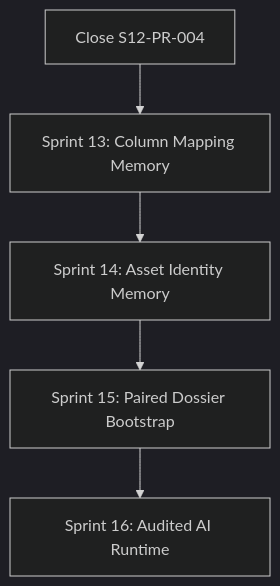
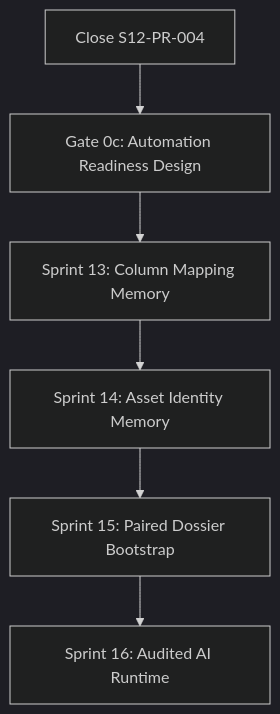
One commit to Reguluspt/valora-engineering changed the diagram in docs/remediation/S13_S16_ADAPTIVE_INTAKE_KNOWLEDGE_MEMORY_REMEDIATION_PLAN.md. Above: the diagram before and after it, drawn with Mermaid (dark theme). The commit also changed other lines of this file and 13 other files, not shown here.

First line of the commit message:
Gate 0c: bounded-AI automation readiness design authority (#13)

````diff
--- a/docs/remediation/S13_S16_ADAPTIVE_INTAKE_KNOWLEDGE_MEMORY_REMEDIATION_PLAN.md
+++ b/docs/remediation/S13_S16_ADAPTIVE_INTAKE_KNOWLEDGE_MEMORY_REMEDIATION_PLAN.md
@@ -50,7 +57,8 @@
 ```mermaid
 flowchart TD
-    A["Close S12-PR-004"] --> B["Sprint 13: Column Mapping Memory"]
+    A["Close S12-PR-004"] --> A2["Gate 0c: Automation Readiness Design"]
+    A2 --> B["Sprint 13: Column Mapping Memory"]
     B --> C["Sprint 14: Asset Identity Memory"]
     C --> D["Sprint 15: Paired Dossier Bootstrap"]
     D --> E["Sprint 16: Audited AI Runtime"]
 ```
````
